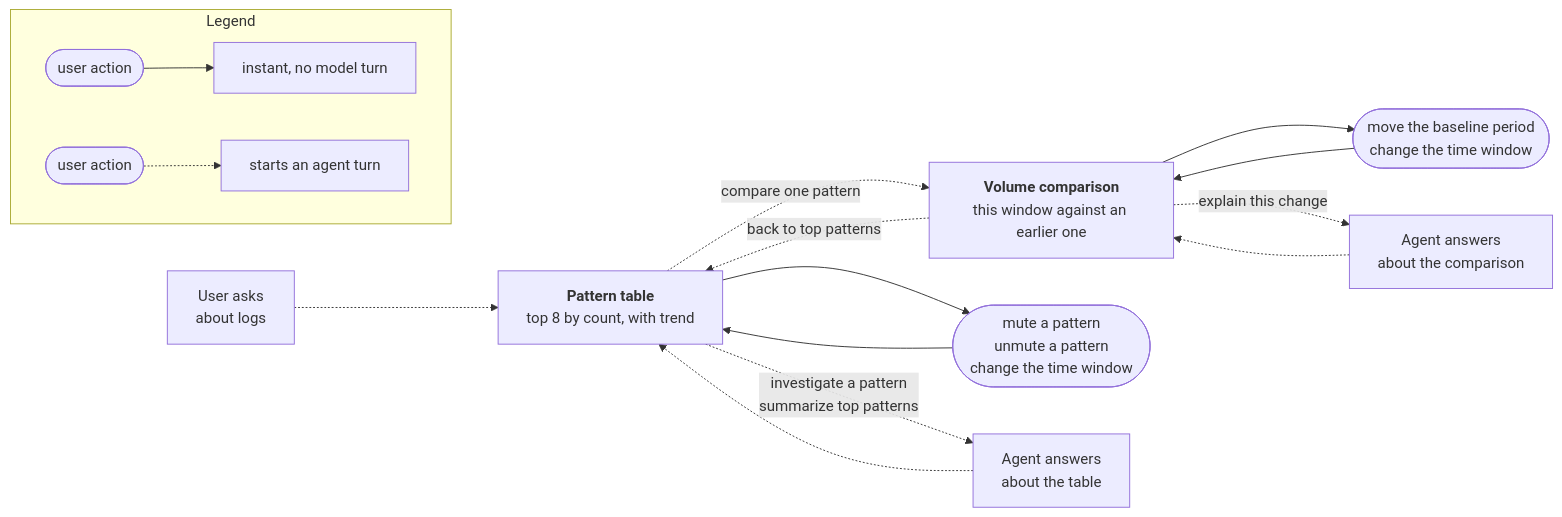
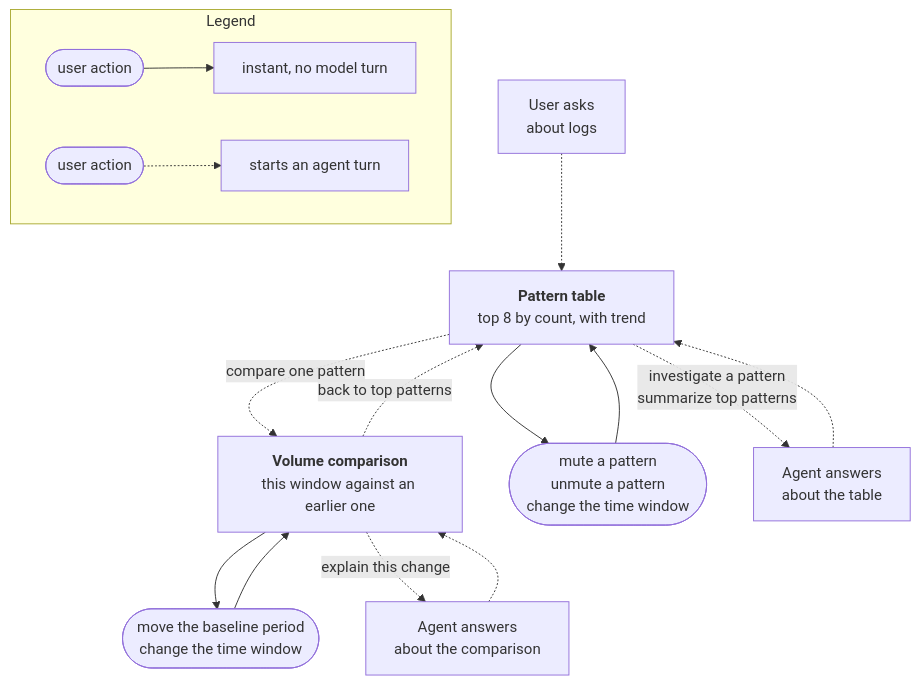
One commit to weltenwort/kibana changed the first of 2 diagrams in __tmp__/6059-comment-1-journey.md. Above: the diagram before and after it, drawn with Mermaid. The commit also changed other lines of this file and 1 other file, not shown here.

````diff
--- a/__tmp__/6059-comment-1-journey.md
+++ b/__tmp__/6059-comment-1-journey.md
@@ -158,31 +167,31 @@
 ```mermaid
-flowchart LR
+flowchart TD
     ASK["User asks<br/>about logs"]
     TABLE["<b>Pattern table</b><br/>top 8 by count, with trend"]
     COMPARE["<b>Volume comparison</b><br/>this window against an earlier one"]
     TINST(["mute a pattern<br/>unmute a pattern<br/>change the time window"])
     CINST(["move the baseline period<br/>change the time window"])
     TANS["Agent answers<br/>about the table"]
     CANS["Agent answers<br/>about the comparison"]
 
     ASK -.-> TABLE
 
     TABLE --> TINST
     TINST --> TABLE
     COMPARE --> CINST
     CINST --> COMPARE
 
     TABLE -.->|"compare one pattern"| COMPARE
     COMPARE -.->|"back to top patterns"| TABLE
 
     TABLE -.->|"investigate a pattern<br/>summarize top patterns"| TANS
     TANS -.-> TABLE
     COMPARE -.->|"explain this change"| CANS
     CANS -.-> COMPARE
 
     subgraph LEGEND["Legend"]
         direction LR
         L1(["user action"]) --> L2["instant, no model turn"]
         L3(["user action"]) -.-> L4["starts an agent turn"]
     end
 ```
````
